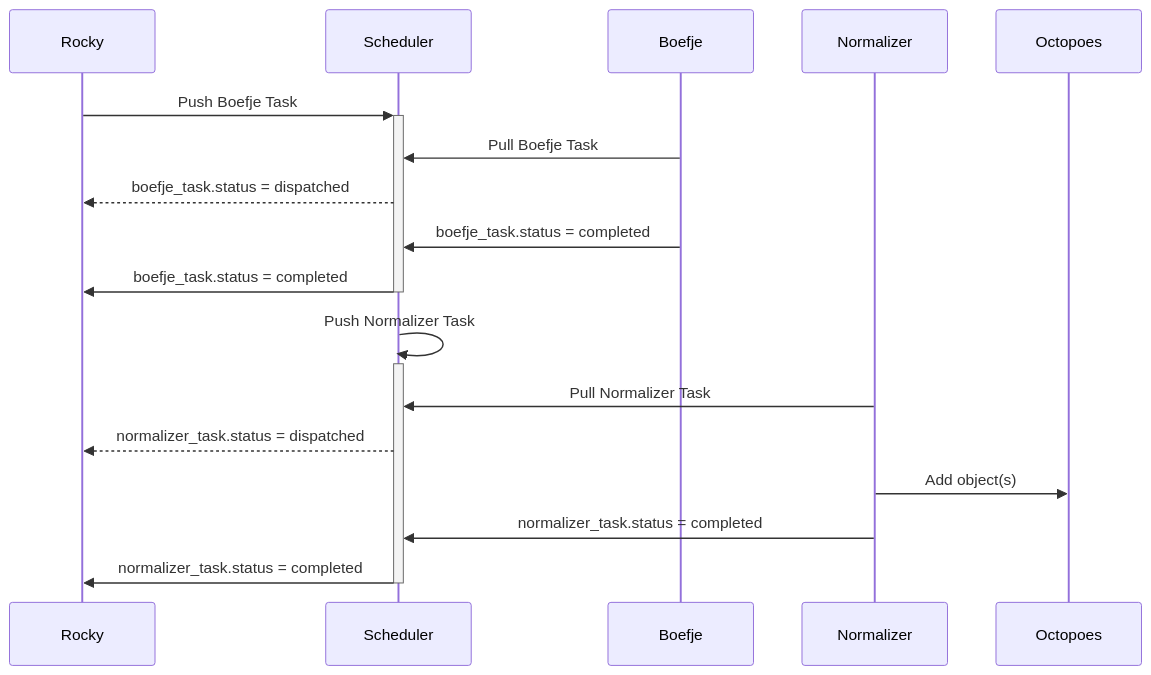
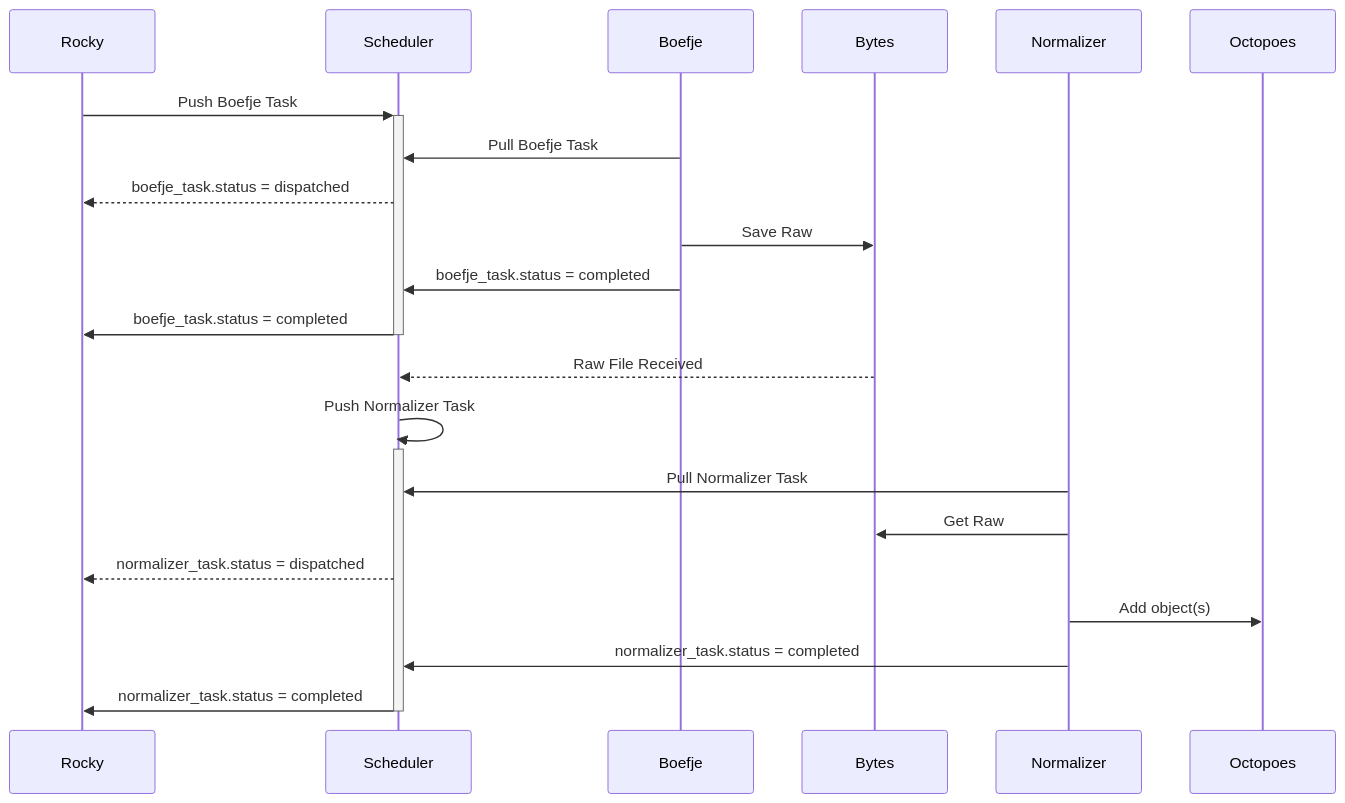
The first of 4 diagrams in docs/source/developer_documentation/rocky.md (minvws/nl-kat-coordination), drawn with Mermaid before and after one commit.

Commit message:
Include Bytes in sequencediagram

````diff
--- a/docs/source/developer_documentation/rocky.md
+++ b/docs/source/developer_documentation/rocky.md
@@ -6,19 +6,23 @@
 ```{mermaid}
 sequenceDiagram
     participant Rocky
     participant Scheduler
     participant Boefje
+    participant Bytes
     participant Normalizer
     participant Octopoes
     Rocky->>+Scheduler: Push Boefje Task
     Boefje->>Scheduler: Pull Boefje Task
     Scheduler-->>Rocky: boefje_task.status = dispatched
+    Boefje->>Bytes: Save Raw
     Boefje->>Scheduler: boefje_task.status = completed
     Scheduler->>-Rocky: boefje_task.status = completed
+    Bytes-->>Scheduler: Raw File Received
     Scheduler->>+Scheduler: Push Normalizer Task
     Normalizer->>Scheduler: Pull Normalizer Task
+    Normalizer->>Bytes: Get Raw
     Scheduler-->>Rocky: normalizer_task.status = dispatched
     Normalizer->>Octopoes: Add object(s)
     Normalizer->>Scheduler: normalizer_task.status = completed
     Scheduler->>-Rocky: normalizer_task.status = completed
 ```
````
